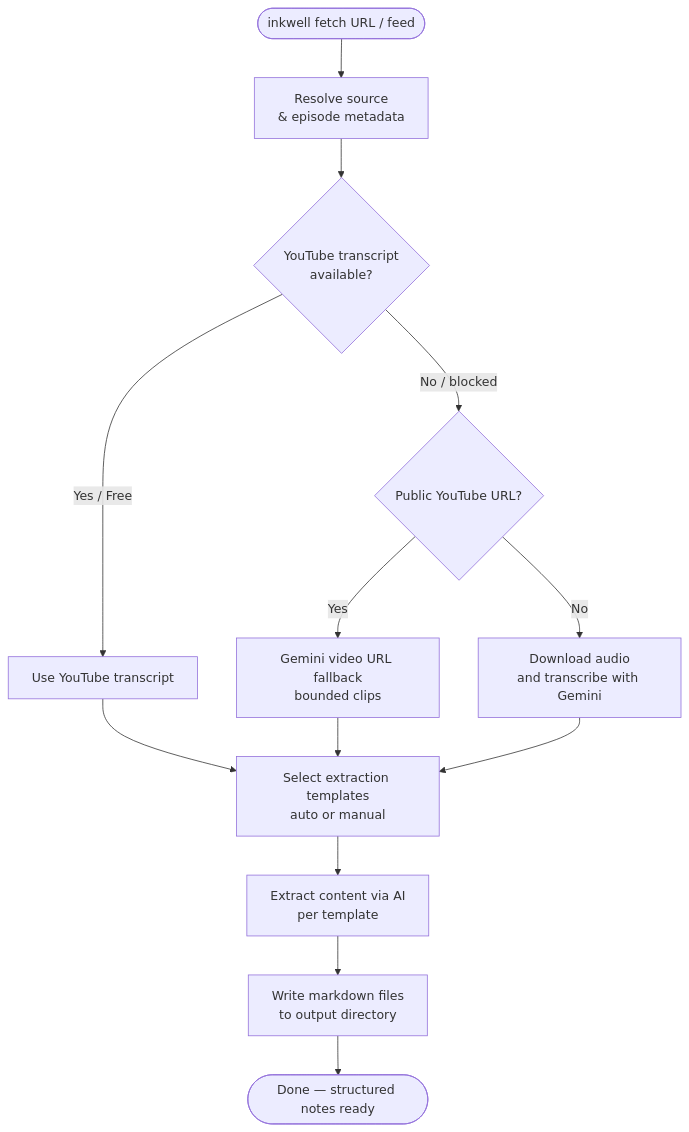
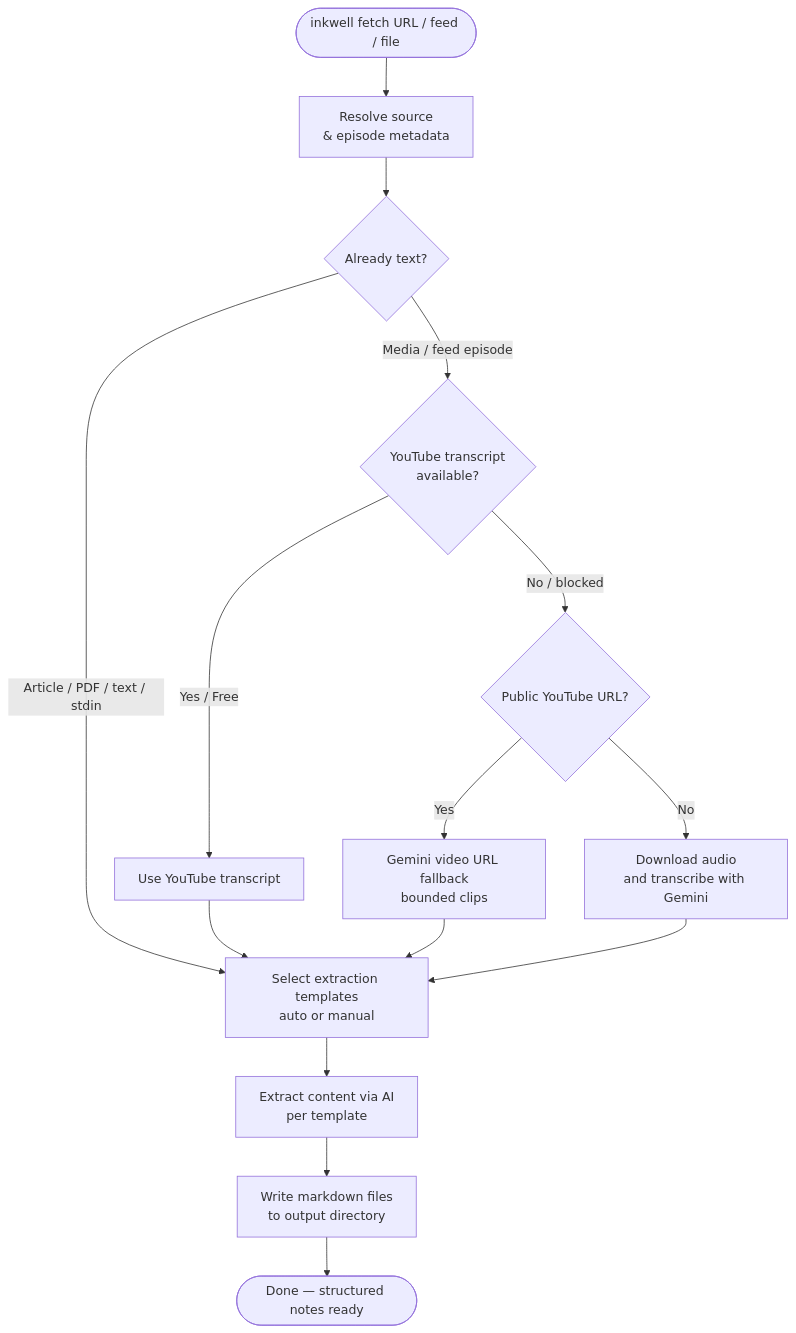
The diagram in docs/user-guide/processing.md (chekos/inkwell-cli), drawn with Mermaid before and after one commit. The commit also changed other lines of this file and 48 other files, not shown here.

Commit message:
implement summarize roadmap foundation

````diff
--- a/docs/user-guide/processing.md
+++ b/docs/user-guide/processing.md
@@ -52,15 +58,17 @@
 ```mermaid
 flowchart TD
-    A([inkwell fetch URL / feed]) --> B[Resolve source\n& episode metadata]
-    B --> C{YouTube transcript\navailable?}
+    A([inkwell fetch URL / feed / file]) --> B[Resolve source\n& episode metadata]
+    B --> S{Already text?}
+    S -- Article / PDF / text / stdin --> F[Select extraction templates\nauto or manual]
+    S -- Media / feed episode --> C{YouTube transcript\navailable?}
     C -- Yes / Free --> D[Use YouTube transcript]
     C -- No / blocked --> E{Public YouTube URL?}
     E -- Yes --> J[Gemini video URL fallback\nbounded clips]
     E -- No --> K[Download audio\nand transcribe with Gemini]
     D --> F[Select extraction templates\nauto or manual]
     J --> F
     K --> F
     F --> G[Extract content via AI\nper template]
     G --> H[Write markdown files\nto output directory]
     H --> I([Done — structured notes ready])
 ```
````
